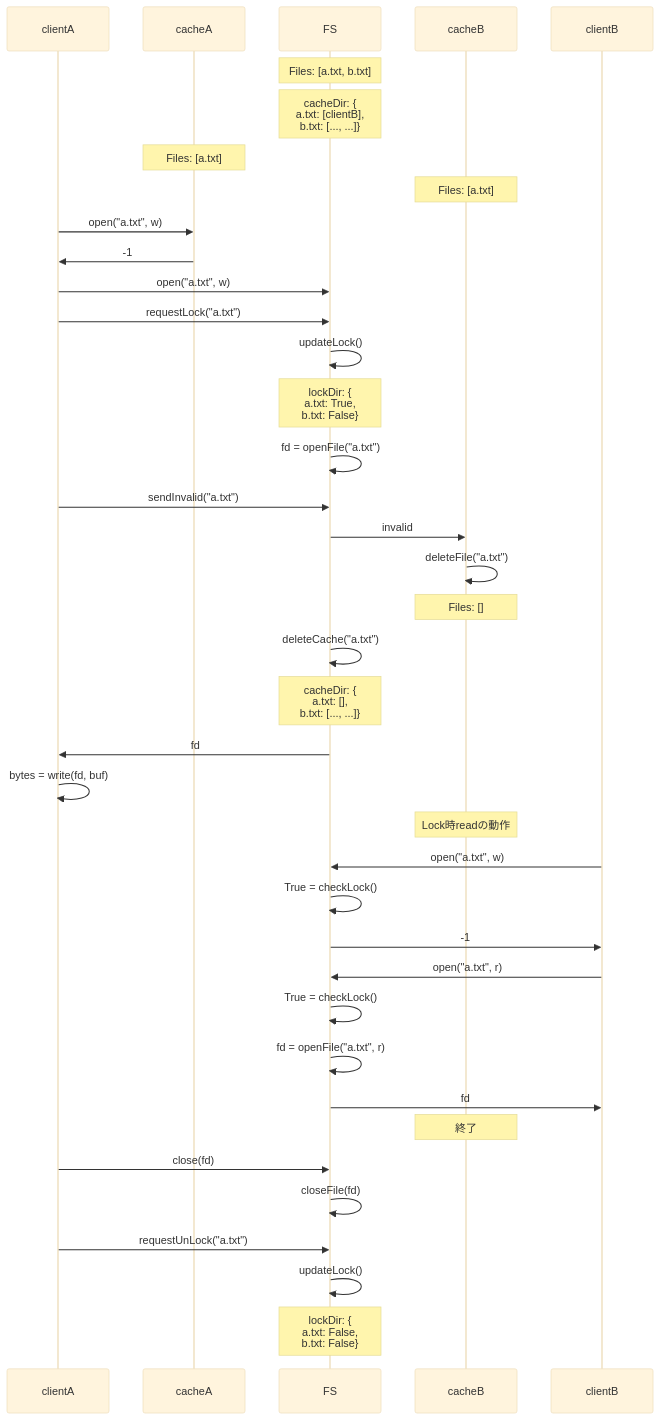
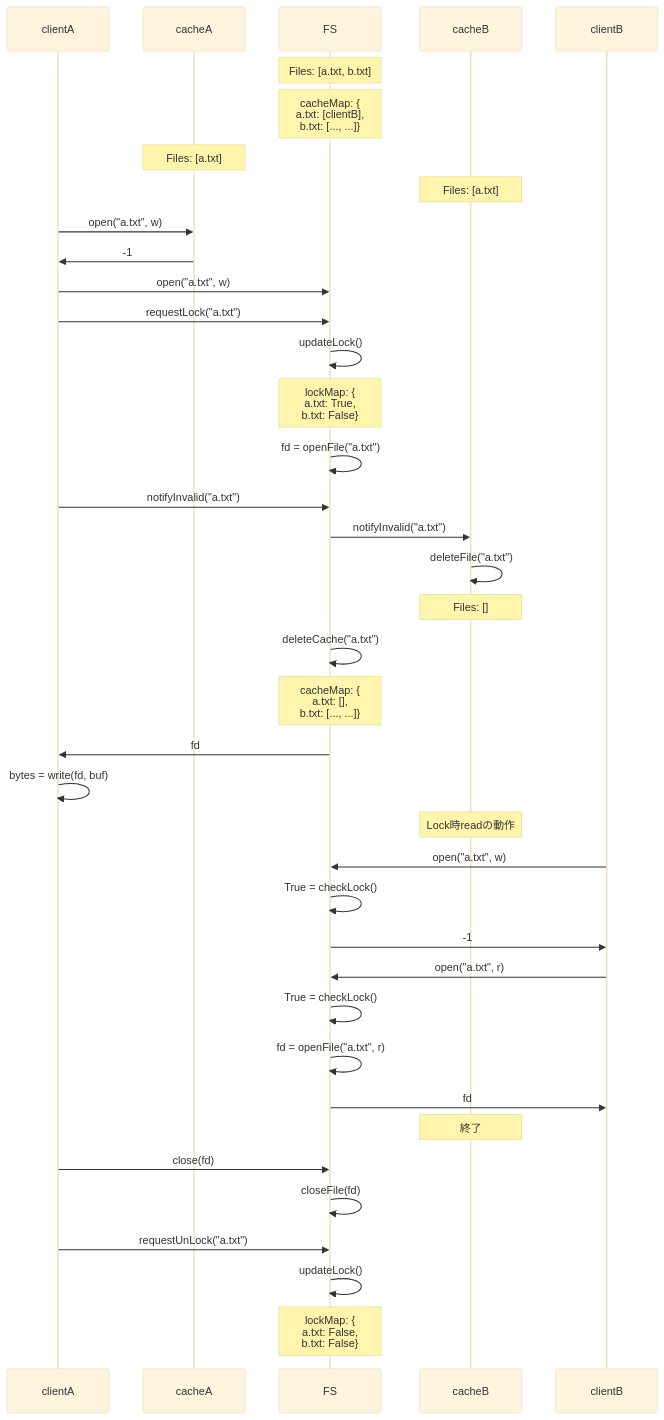
Before and after one commit to bishopfunc/os-b-dfs: the third of 4 diagrams in README.md, drawn with Mermaid (base theme). The commit also changed other lines of this file and 1 other file, not shown here.

Commit message:
sendInvalid -> notifyInvalid Dir -> Map

````diff
--- a/README.md
+++ b/README.md
@@ -77,48 +77,48 @@
 ```mermaid
 sequenceDiagram
     participant clientA as clientA
     participant cacheA as cacheA
     participant FS as FS
     participant cacheB as cacheB
     participant clientB as clientB
     Note over FS: Files: [a.txt, b.txt]
-    Note over FS: cacheDir: {<br>a.txt: [clientB], <br>b.txt: [..., ...]} 
+    Note over FS: cacheMap: {<br>a.txt: [clientB], <br>b.txt: [..., ...]} 
     Note over cacheA: Files: [a.txt]    
     Note over cacheB: Files: [a.txt] 
 
     clientA->>cacheA: open("a.txt", w)
     cacheA->>clientA: -1
     clientA->>FS: open("a.txt", w)
     clientA->>FS: requestLock("a.txt")
     FS->>FS :updateLock()
-    Note over FS: lockDir: {<br>a.txt: True, <br>b.txt: False} 
+    Note over FS: lockMap: {<br>a.txt: True, <br>b.txt: False} 
 
     FS->>FS: fd = openFile("a.txt")
-    clientA->>FS: sendInvalid("a.txt")
-    FS->>cacheB: invalid
+    clientA->>FS: notifyInvalid("a.txt")
+    FS->>cacheB: notifyInvalid("a.txt")
     cacheB->>cacheB: deleteFile("a.txt")
     Note over cacheB: Files: []
 
     FS->>FS: deleteCache("a.txt")
-    Note over FS: cacheDir: {<br>a.txt: [], <br>b.txt: [..., ...]} 
+    Note over FS: cacheMap: {<br>a.txt: [], <br>b.txt: [..., ...]} 
     FS->>clientA: fd
     clientA->>clientA: bytes = write(fd, buf)
 
     Note over cacheB: Lock時readの動作
     clientB->>FS: open("a.txt", w)
     FS->>FS: True = checkLock()
     FS->>clientB: -1
     clientB->>FS: open("a.txt", r)
     FS->>FS: True = checkLock()
     FS->>FS: fd = openFile("a.txt", r)
     FS->>clientB: fd
     Note over cacheB: 終了
 
     clientA->>FS: close(fd)
     FS->>FS: closeFile(fd)
 
     clientA->>FS: requestUnLock("a.txt")
     FS->>FS :updateLock()
-    Note over FS: lockDir: {<br>a.txt: False, <br>b.txt: False} 
+    Note over FS: lockMap: {<br>a.txt: False, <br>b.txt: False} 
 
 ```
````
